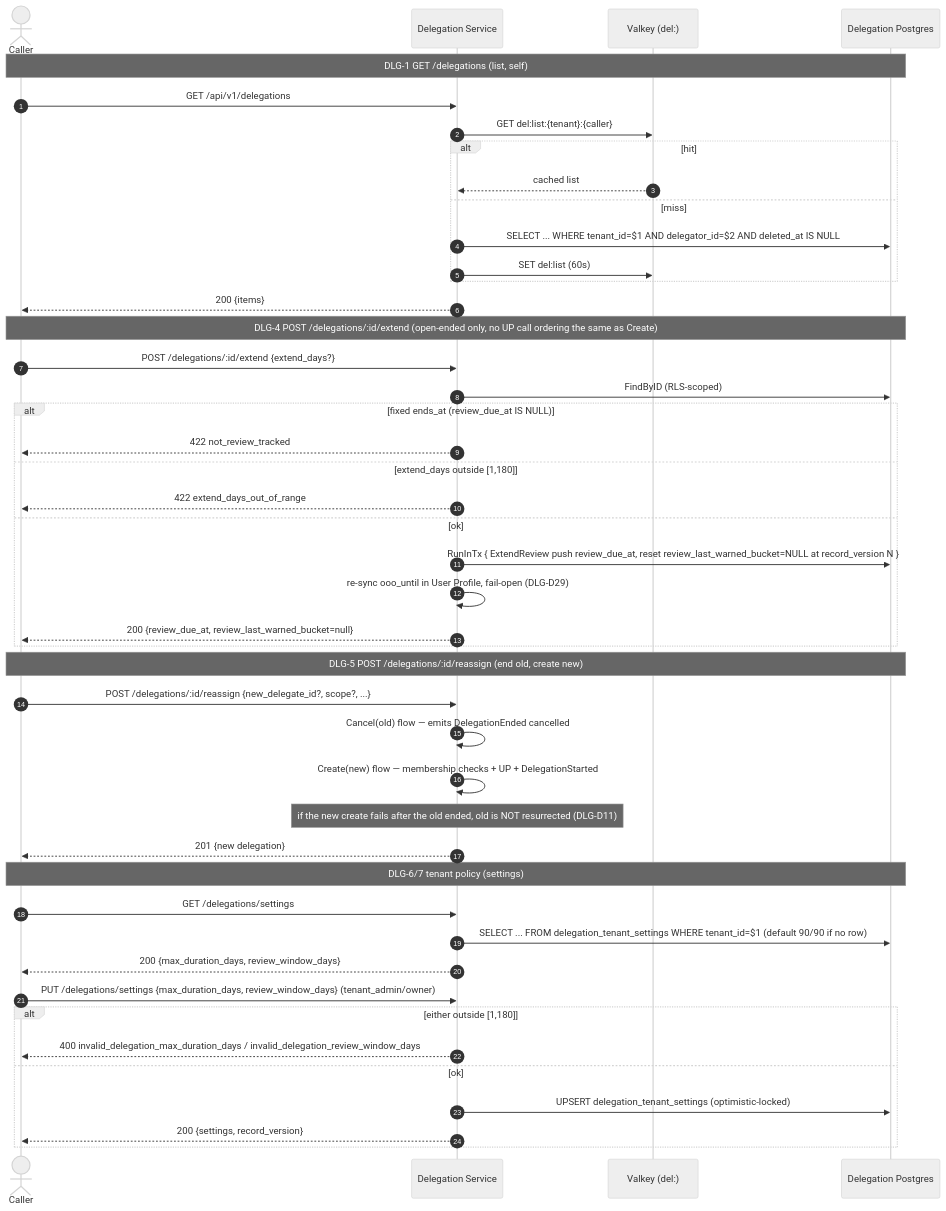
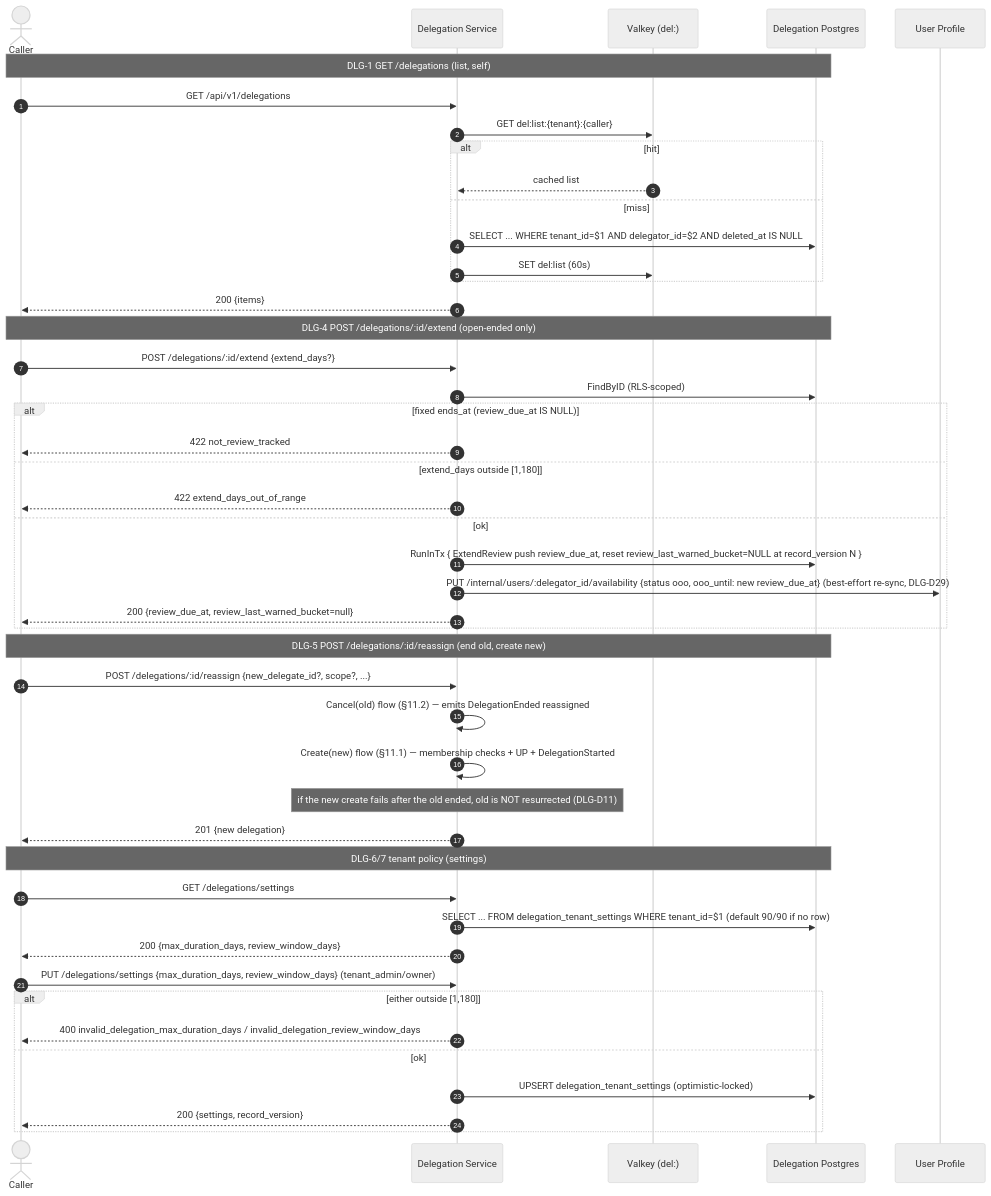
Before and after one commit to BCBP-SOLUTIONS-FZC-LLC/iam-delegation: diagram 12 of 13 in ARCHITECTURE.md, drawn with Mermaid (neutral theme). The commit also changed other lines of this file and 48 other files, not shown here.

````diff
--- a/ARCHITECTURE.md
+++ b/ARCHITECTURE.md
@@ -586,51 +598,52 @@
 ```mermaid
 sequenceDiagram
     autonumber
     actor C as Caller
     participant DLG as Delegation Service
     participant V as Valkey (del:)
     participant PG as Delegation Postgres
+    participant UP as User Profile
 
     Note over C,PG: DLG-1 GET /delegations (list, self)
     C->>DLG: GET /api/v1/delegations
     DLG->>V: GET del:list:{tenant}:{caller}
     alt hit
         V-->>DLG: cached list
     else miss
         DLG->>PG: SELECT ... WHERE tenant_id=$1 AND delegator_id=$2 AND deleted_at IS NULL
         DLG->>V: SET del:list (60s)
     end
     DLG-->>C: 200 {items}
 
-    Note over C,PG: DLG-4 POST /delegations/:id/extend (open-ended only, no UP call ordering the same as Create)
+    Note over C,PG: DLG-4 POST /delegations/:id/extend (open-ended only)
     C->>DLG: POST /delegations/:id/extend {extend_days?}
     DLG->>PG: FindByID (RLS-scoped)
     alt fixed ends_at (review_due_at IS NULL)
         DLG-->>C: 422 not_review_tracked
     else extend_days outside [1,180]
         DLG-->>C: 422 extend_days_out_of_range
     else ok
         DLG->>PG: RunInTx { ExtendReview push review_due_at, reset review_last_warned_bucket=NULL at record_version N }
-        DLG->>DLG: re-sync ooo_until in User Profile, fail-open (DLG-D29)
+        DLG->>UP: PUT /internal/users/:delegator_id/availability {status ooo, ooo_until: new review_due_at} (best-effort re-sync, DLG-D29)
         DLG-->>C: 200 {review_due_at, review_last_warned_bucket=null}
     end
 
     Note over C,PG: DLG-5 POST /delegations/:id/reassign (end old, create new)
     C->>DLG: POST /delegations/:id/reassign {new_delegate_id?, scope?, ...}
-    DLG->>DLG: Cancel(old) flow — emits DelegationEnded cancelled
-    DLG->>DLG: Create(new) flow — membership checks + UP + DelegationStarted
+    DLG->>DLG: Cancel(old) flow (§11.2) — emits DelegationEnded reassigned
+    DLG->>DLG: Create(new) flow (§11.1) — membership checks + UP + DelegationStarted
     Note over DLG: if the new create fails after the old ended, old is NOT resurrected (DLG-D11)
     DLG-->>C: 201 {new delegation}
 
     Note over C,PG: DLG-6/7 tenant policy (settings)
     C->>DLG: GET /delegations/settings
     DLG->>PG: SELECT ... FROM delegation_tenant_settings WHERE tenant_id=$1 (default 90/90 if no row)
     DLG-->>C: 200 {max_duration_days, review_window_days}
     C->>DLG: PUT /delegations/settings {max_duration_days, review_window_days}  (tenant_admin/owner)
     alt either outside [1,180]
         DLG-->>C: 400 invalid_delegation_max_duration_days / invalid_delegation_review_window_days
     else ok
         DLG->>PG: UPSERT delegation_tenant_settings (optimistic-locked)
         DLG-->>C: 200 {settings, record_version}
     end
 ```
````
